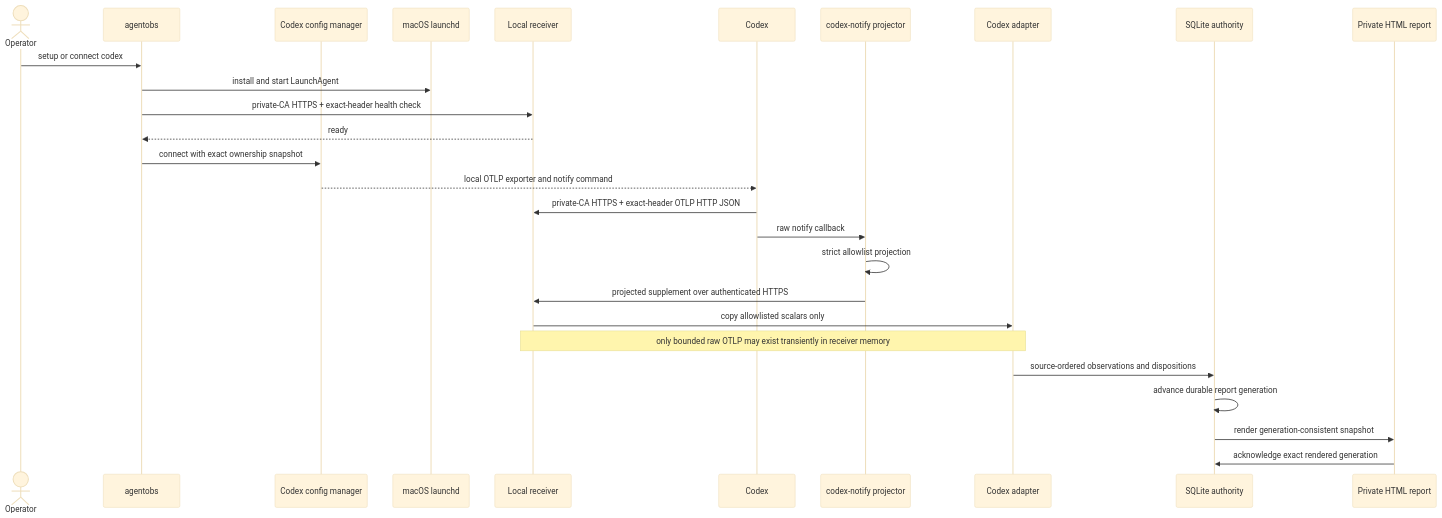
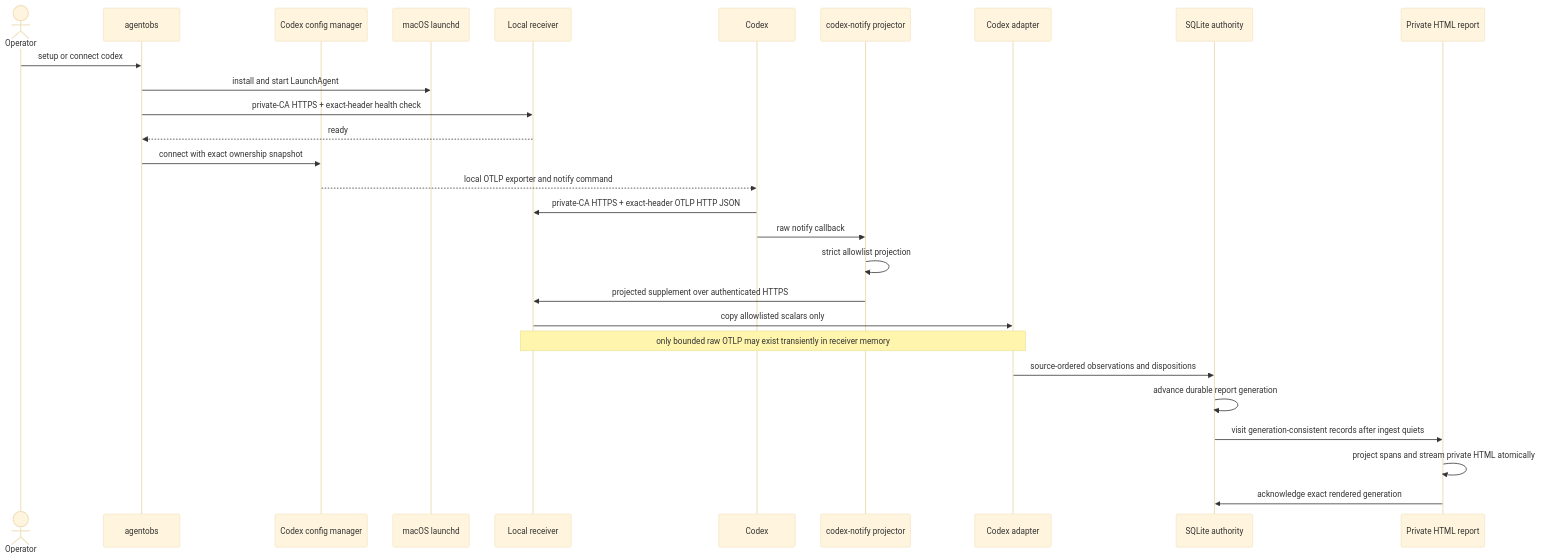
Before and after one commit to MCprotein/agent-observability: the second of 8 diagrams in docs/COLLECTION_FLOW.md, drawn with Mermaid (base theme). The commit also changed other lines of this file and 6 other files, not shown here.

````diff
--- a/docs/COLLECTION_FLOW.md
+++ b/docs/COLLECTION_FLOW.md
@@ -72,30 +72,31 @@
 ```mermaid
 sequenceDiagram
     actor Operator
     participant CLI as agentobs
     participant Config as Codex config manager
     participant Launchd as macOS launchd
     participant Receiver as Local receiver
     participant Codex
     participant Notify as codex-notify projector
     participant Adapter as Codex adapter
     participant Store as SQLite authority
     participant Report as Private HTML report
 
     Operator->>CLI: setup or connect codex
     CLI->>Launchd: install and start LaunchAgent
     CLI->>Receiver: private-CA HTTPS + exact-header health check
     Receiver-->>CLI: ready
     CLI->>Config: connect with exact ownership snapshot
     Config-->>Codex: local OTLP exporter and notify command
     Codex->>Receiver: private-CA HTTPS + exact-header OTLP HTTP JSON
     Codex->>Notify: raw notify callback
     Notify->>Notify: strict allowlist projection
     Notify->>Receiver: projected supplement over authenticated HTTPS
     Receiver->>Adapter: copy allowlisted scalars only
     Note over Receiver,Adapter: only bounded raw OTLP may exist transiently in receiver memory
     Adapter->>Store: source-ordered observations and dispositions
     Store->>Store: advance durable report generation
-    Store->>Report: render generation-consistent snapshot
+    Store->>Report: visit generation-consistent records after ingest quiets
+    Report->>Report: project spans and stream private HTML atomically
     Report->>Store: acknowledge exact rendered generation
 ```
````
